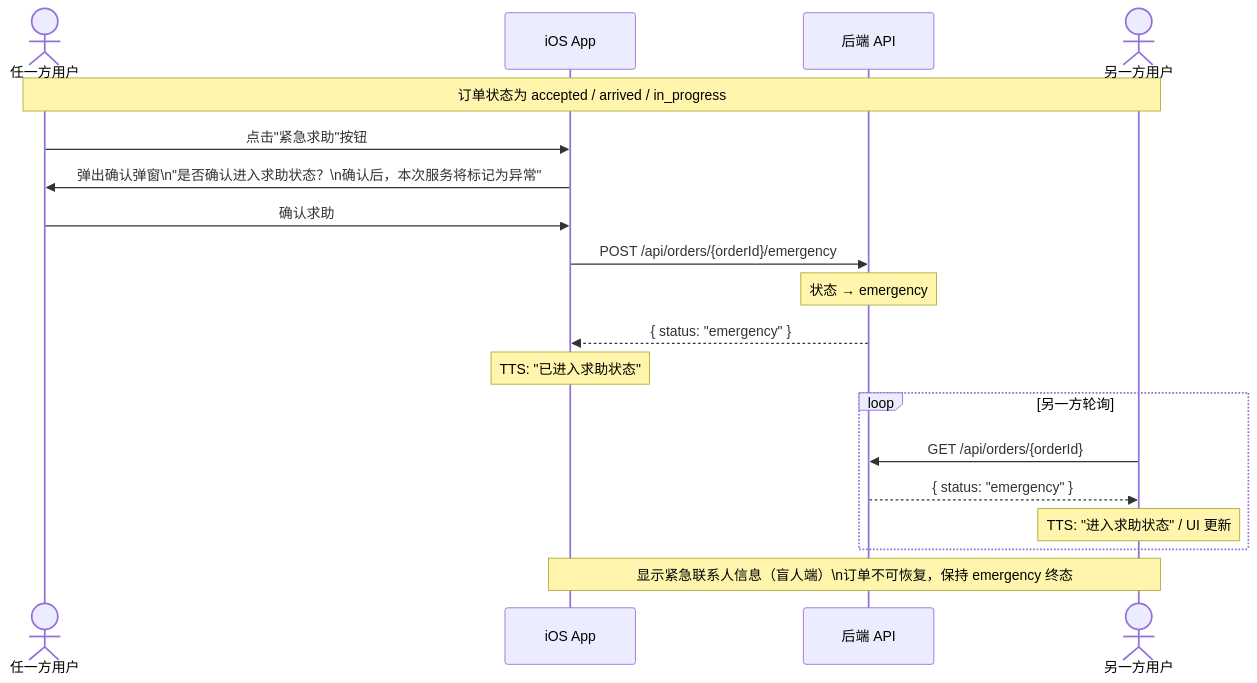
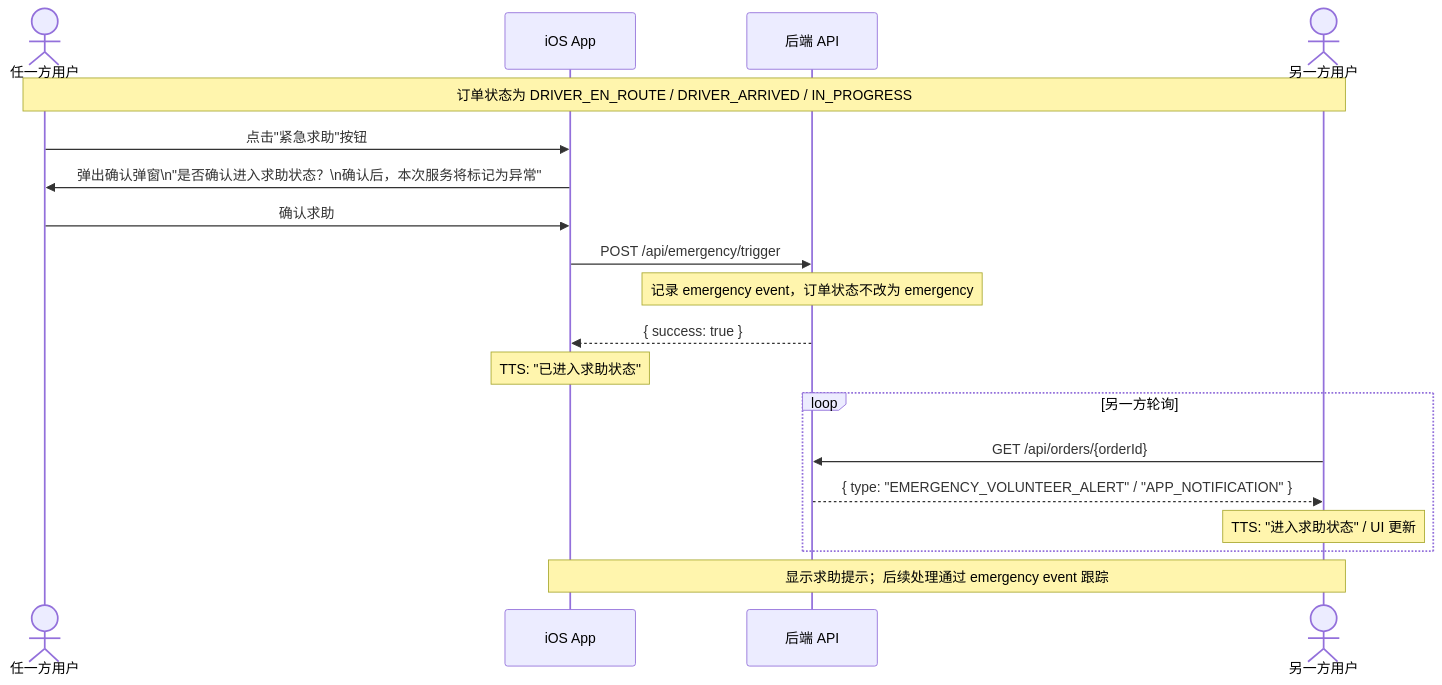
Before and after one commit to Jayden23018/blind-run-ios: the fifth of 7 diagrams in docs/04-user-flows-and-state-machine.md, drawn with Mermaid. The commit also changed other lines of this file and 29 other files, not shown here.

Commit message:
Update test accounts and cloud E2E flow

````diff
--- a/docs/04-user-flows-and-state-machine.md
+++ b/docs/04-user-flows-and-state-machine.md
@@ -232,26 +236,26 @@
 ```mermaid
 sequenceDiagram
     actor User as 任一方用户
     participant App as iOS App
     participant API as 后端 API
     actor Other as 另一方用户
 
-    Note over User,Other: 订单状态为 accepted / arrived / in_progress
+    Note over User,Other: 订单状态为 DRIVER_EN_ROUTE / DRIVER_ARRIVED / IN_PROGRESS
 
     User->>App: 点击"紧急求助"按钮
     App->>User: 弹出确认弹窗\n"是否确认进入求助状态？\n确认后，本次服务将标记为异常"
     User->>App: 确认求助
-    App->>API: POST /api/orders/{orderId}/emergency
-    Note over API: 状态 → emergency
-    API-->>App: { status: "emergency" }
+    App->>API: POST /api/emergency/trigger
+    Note over API: 记录 emergency event，订单状态不改为 emergency
+    API-->>App: { success: true }
 
     Note over App: TTS: "已进入求助状态"
 
     loop 另一方轮询
         Other->>API: GET /api/orders/{orderId}
-        API-->>Other: { status: "emergency" }
+        API-->>Other: { type: "EMERGENCY_VOLUNTEER_ALERT" / "APP_NOTIFICATION" }
         Note over Other: TTS: "进入求助状态" / UI 更新
     end
 
-    Note over App,Other: 显示紧急联系人信息（盲人端）\n订单不可恢复，保持 emergency 终态
+    Note over App,Other: 显示求助提示；后续处理通过 emergency event 跟踪
 ```
````
